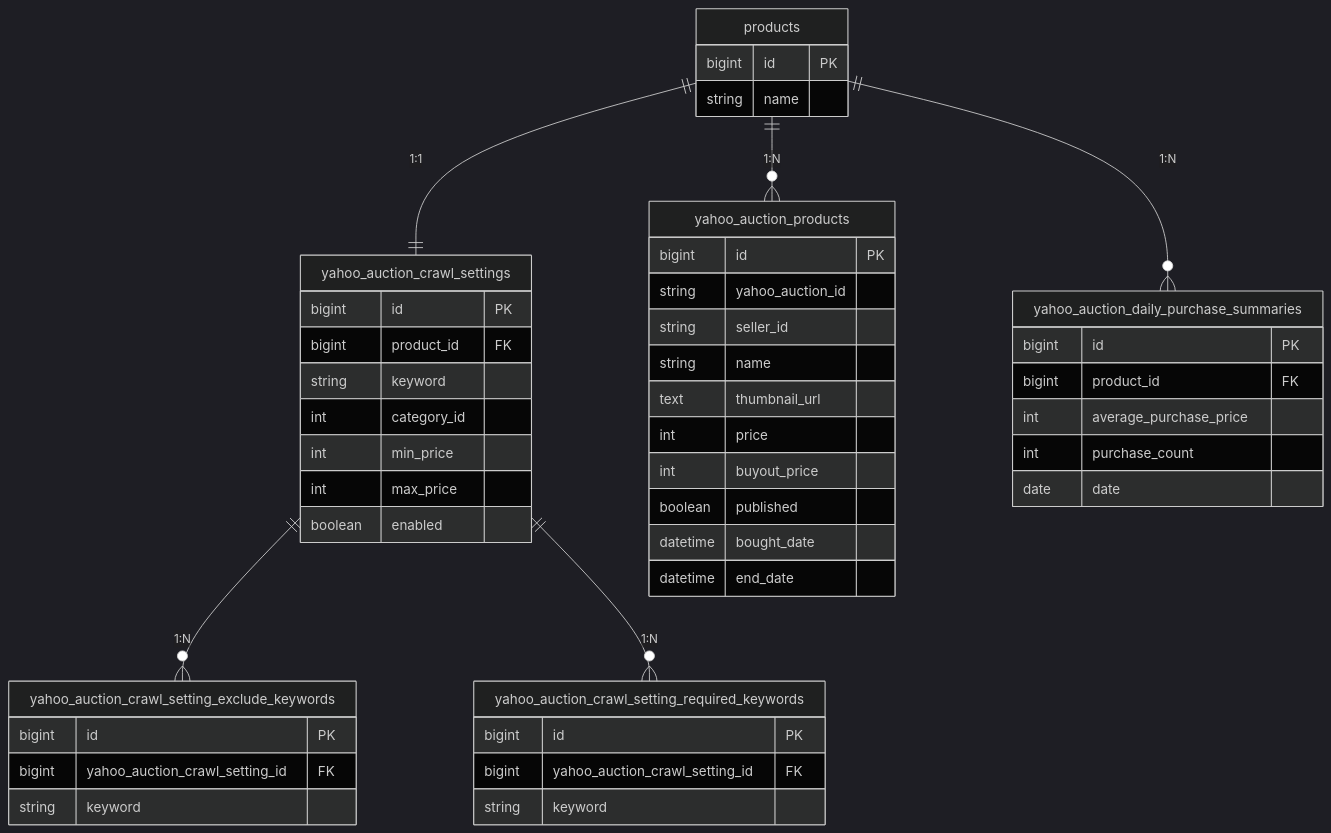
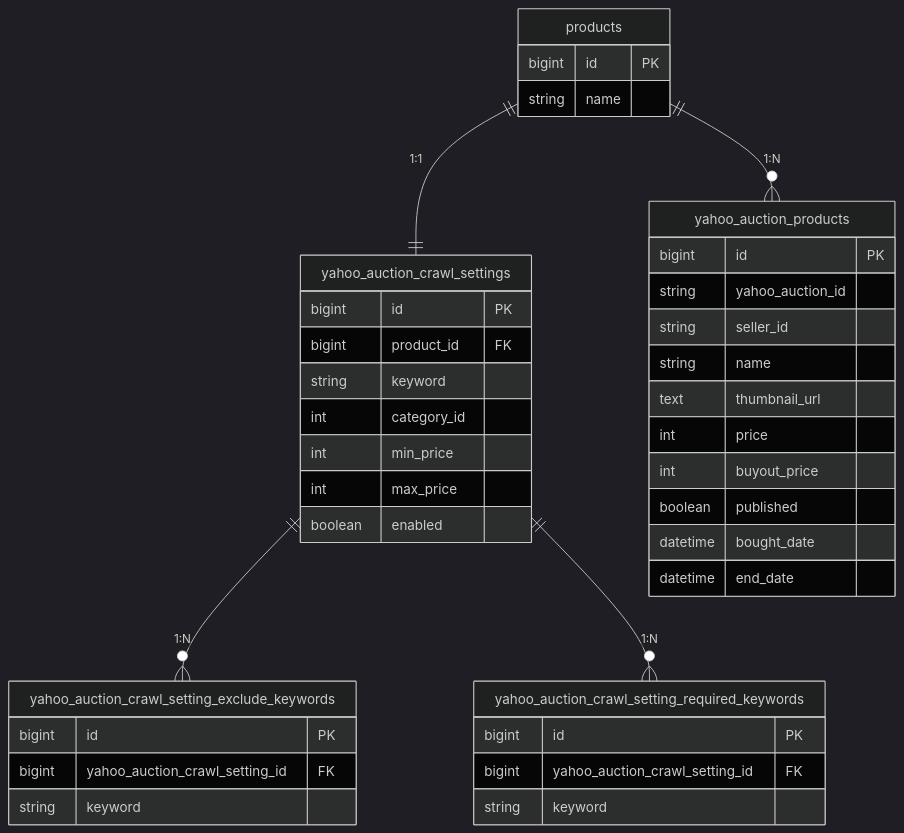
One commit to kuroweb/price-monitoring changed the second of 9 diagrams in README.md. Above: the diagram before and after it, drawn with Mermaid (dark theme). The commit also changed other lines of this file, not shown here.

````diff
--- a/README.md
+++ b/README.md
@@ -79,51 +81,43 @@
 ```mermaid
 erDiagram
   products {
     bigint id PK
     string name
   }
   yahoo_auction_crawl_settings {
     bigint id PK
     bigint product_id FK
     string keyword
     int category_id
     int min_price
     int max_price
     boolean enabled
   }
   yahoo_auction_crawl_setting_exclude_keywords {
     bigint id PK
     bigint yahoo_auction_crawl_setting_id FK
     string keyword
   }
   yahoo_auction_crawl_setting_required_keywords {
     bigint id PK
     bigint yahoo_auction_crawl_setting_id FK
     string keyword
   }
   yahoo_auction_products {
     bigint id PK
     string yahoo_auction_id
     string seller_id
     string name
     text thumbnail_url
     int price
     int buyout_price
     boolean published
     datetime bought_date
     datetime end_date
   }
-  yahoo_auction_daily_purchase_summaries {
-    bigint id PK
-    bigint product_id FK
-    int average_purchase_price
-    int purchase_count
-    date date
-  }
 
   products ||--|| yahoo_auction_crawl_settings : "1:1"
   yahoo_auction_crawl_settings ||--o{ yahoo_auction_crawl_setting_exclude_keywords : "1:N"
   yahoo_auction_crawl_settings ||--o{ yahoo_auction_crawl_setting_required_keywords : "1:N"
   products ||--o{ yahoo_auction_products : "1:N"
-  products ||--o{ yahoo_auction_daily_purchase_summaries : "1:N"
 ```
````
